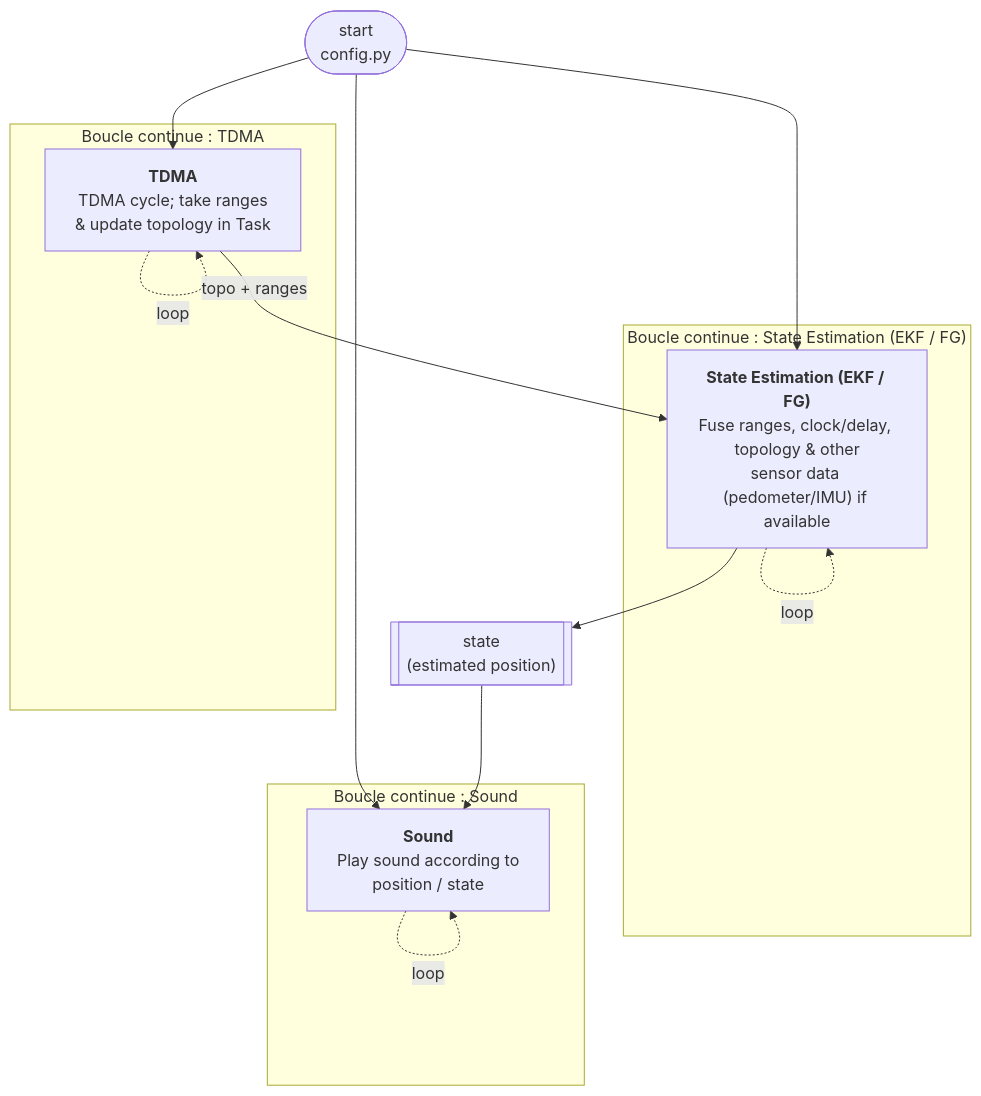
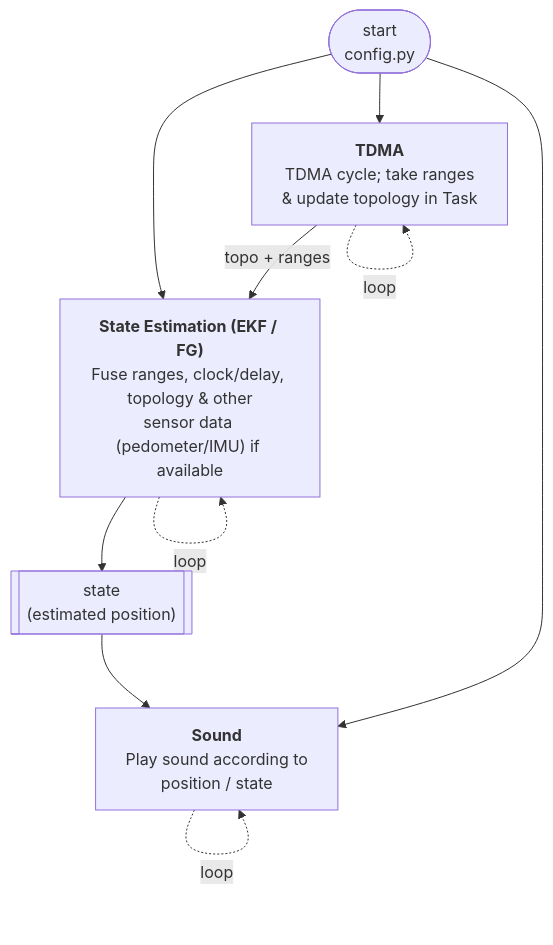
The first of 2 diagrams in README.md (dy-dx-1/clamour), drawn with Mermaid before and after one commit.

Commit message:
feat(README) : udapte the system architecture schema

````diff
--- a/README.md
+++ b/README.md
@@ -45,31 +45,26 @@
 ```mermaid
 flowchart TD
     START(["start<br/>config.py"])
 
-    subgraph LOOP_EST["Boucle continue : State Estimation (EKF / FG)"]
         EST["<b>State Estimation (EKF / FG)</b><br/>Fuse ranges, clock/delay, topology &amp; other<br/>sensor data (pedometer/IMU) if available"]
-    end
 
-    subgraph LOOP_TDMA["Boucle continue : TDMA"]
+
         TDMA["<b>TDMA</b><br/>TDMA cycle; take ranges<br/>&amp; update topology in Task"]
-    end
 
-    subgraph LOOP_SND["Boucle continue : Sound"]
         SND["<b>Sound</b><br/>Play sound according to<br/>position / state"]
-    end
 
     STATE[["state<br/>(estimated position)"]]
 
     START --> EST
 
     START --> TDMA
     START --> SND
 
     TDMA -->|"topo + ranges"| EST
     EST --> STATE
     STATE --> SND
 
     EST -. "loop" .-> EST
     TDMA -. "loop" .-> TDMA
     SND -. "loop" .-> SND
 ```
````
